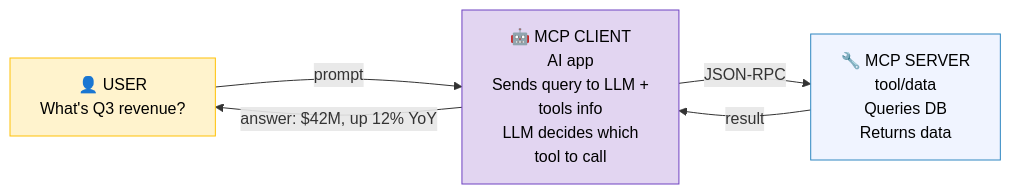
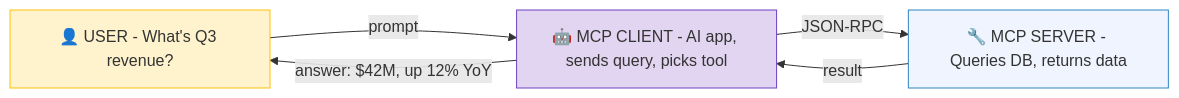
The second of 2 diagrams in docs/08-mcp.md (ithinktavo/GenAI-Engineering-Handbook), drawn with Mermaid before and after one commit. The commit also changed other lines of this file and 9 other files, not shown here.

First line of the commit message:
Fix Mermaid rendering: remove emoji from subgraph titles and unsupported syntax

````diff
--- a/docs/08-mcp.md
+++ b/docs/08-mcp.md
@@ -50,15 +50,15 @@
 ```mermaid
 graph LR
-    User["👤 USER\nWhat's Q3 revenue?"]
-    Client["🤖 MCP CLIENT\nAI app\nSends query to LLM +\ntools info\nLLM decides which\ntool to call"]
-    Server["🔧 MCP SERVER\ntool/data\nQueries DB\nReturns data"]
+    User["👤 USER - What's Q3 revenue?"]
+    Client["🤖 MCP CLIENT - AI app, sends query, picks tool"]
+    Server["🔧 MCP SERVER - Queries DB, returns data"]
 
     User -- "prompt" --> Client
     Client -- "JSON-RPC" --> Server
     Server -- "result" --> Client
     Client -- "answer: $42M, up 12% YoY" --> User
 
-    style User fill:#fff3cd,stroke:#ffc107,color:#000
-    style Client fill:#e2d5f1,stroke:#6f42c1,color:#000
-    style Server fill:#f0f4ff,stroke:#2E86C1,color:#000
+    style User fill:#fff3cd,stroke:#ffc107
+    style Client fill:#e2d5f1,stroke:#6f42c1
+    style Server fill:#f0f4ff,stroke:#2E86C1
 ```
````
